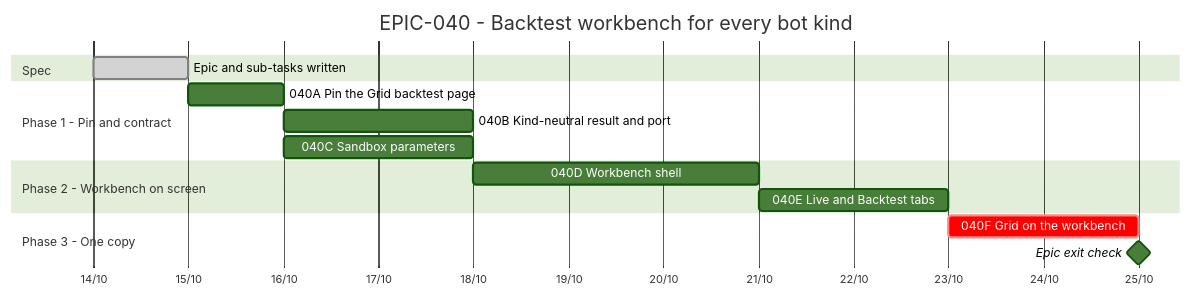
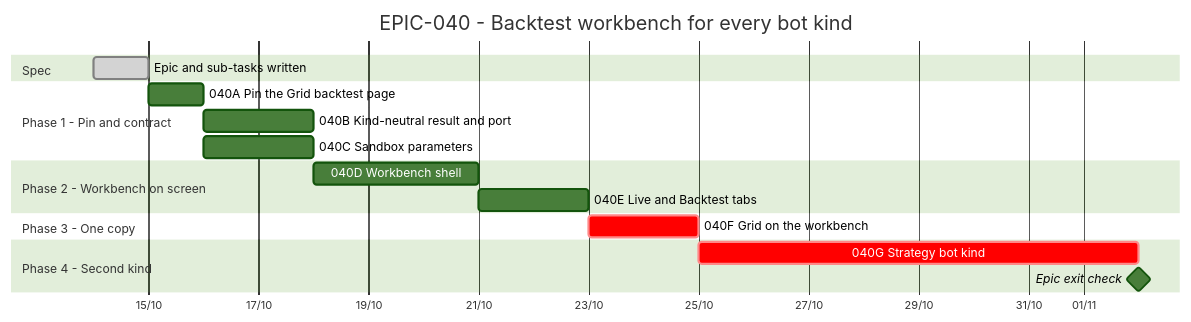
One commit to anhembedded/Sagittarius_Elite_Warrior changed the diagram in Tasks/epics/EPIC-040_backtest_workbench/TRACKING.md. Above: the diagram before and after it, drawn with Mermaid (forest theme). The commit also changed other lines of this file and 5 other files, not shown here.

First line of the commit message:
docs(epic-040): add 040G, the strategy bot as a kind of its own

````diff
--- a/Tasks/epics/EPIC-040_backtest_workbench/TRACKING.md
+++ b/Tasks/epics/EPIC-040_backtest_workbench/TRACKING.md
@@ -14,22 +14,25 @@
 ```mermaid
 gantt
     title EPIC-040 - Backtest workbench for every bot kind
     dateFormat  YYYY-MM-DD
     axisFormat  %d/%m
 
     section Spec
     Epic and sub-tasks written            :done,    s1, 2026-10-14, 1d
 
     section Phase 1 - Pin and contract
     040A Pin the Grid backtest page       :         a, after s1, 1d
     040B Kind-neutral result and port     :         b, after a, 2d
     040C Sandbox parameters               :         c, after a, 2d
 
     section Phase 2 - Workbench on screen
     040D Workbench shell                  :         d, after b c, 3d
     040E Live and Backtest tabs           :         e, after d, 2d
 
     section Phase 3 - One copy
     040F Grid on the workbench            :crit,    f, after e, 2d
-    Epic exit check                       :milestone, m, after f, 0d
+
+    section Phase 4 - Second kind
+    040G Strategy bot kind                :crit,    g, after f, 8d
+    Epic exit check                       :milestone, m, after g, 0d
 ```
````
